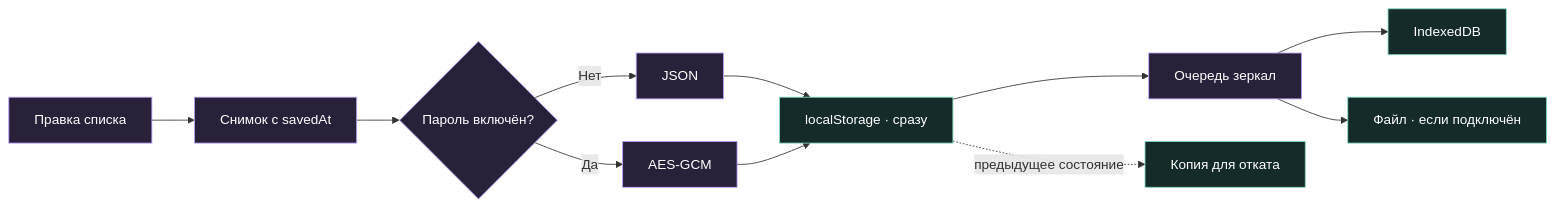
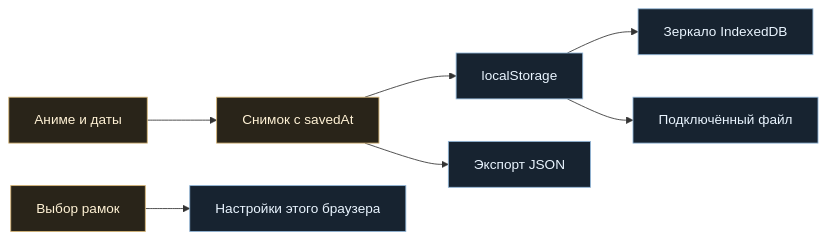
One commit to geraltschwarzenegger-svg/myTierAnime changed the diagram in README.md. Above: the diagram before and after it, drawn with Mermaid. The commit also changed other lines of this file and 16 other files, not shown here.

````diff
--- a/README.md
+++ b/README.md
@@ -199,17 +195,13 @@
 ```mermaid
 flowchart LR
-    EDIT["Правка списка"] --> SAVE["Снимок с savedAt"]
-    SAVE --> LOCK{"Пароль включён?"}
-    LOCK -->|"Нет"| JSON["JSON"]
-    LOCK -->|"Да"| AES["AES-GCM"]
-    JSON --> LOCAL["localStorage · сразу"]
-    AES --> LOCAL
-    LOCAL --> QUEUE["Очередь зеркал"]
-    QUEUE --> IDB["IndexedDB"]
-    QUEUE --> FILE["Файл · если подключён"]
-    LOCAL -. "предыдущее состояние" .-> BACKUP["Копия для отката"]
-    classDef accent fill:#292139,stroke:#bca3ff,color:#fff;
-    classDef store fill:#142b29,stroke:#85dbc0,color:#fff;
-    class EDIT,SAVE,LOCK,JSON,AES,QUEUE accent;
-    class LOCAL,IDB,FILE,BACKUP store;
+    EDIT["Аниме и даты"] --> SAVE["Снимок с savedAt"]
+    SAVE --> LOCAL["localStorage"]
+    LOCAL --> IDB["Зеркало IndexedDB"]
+    LOCAL --> FILE["Подключённый файл"]
+    SAVE --> JSON["Экспорт JSON"]
+    STYLE["Выбор рамок"] --> PREFS["Настройки этого браузера"]
+    classDef gold fill:#292419,stroke:#d5b475,color:#fff2d5;
+    classDef blue fill:#172330,stroke:#91b6d8,color:#eaf5ff;
+    class EDIT,SAVE,STYLE gold;
+    class LOCAL,IDB,FILE,JSON,PREFS blue;
 ```
````
